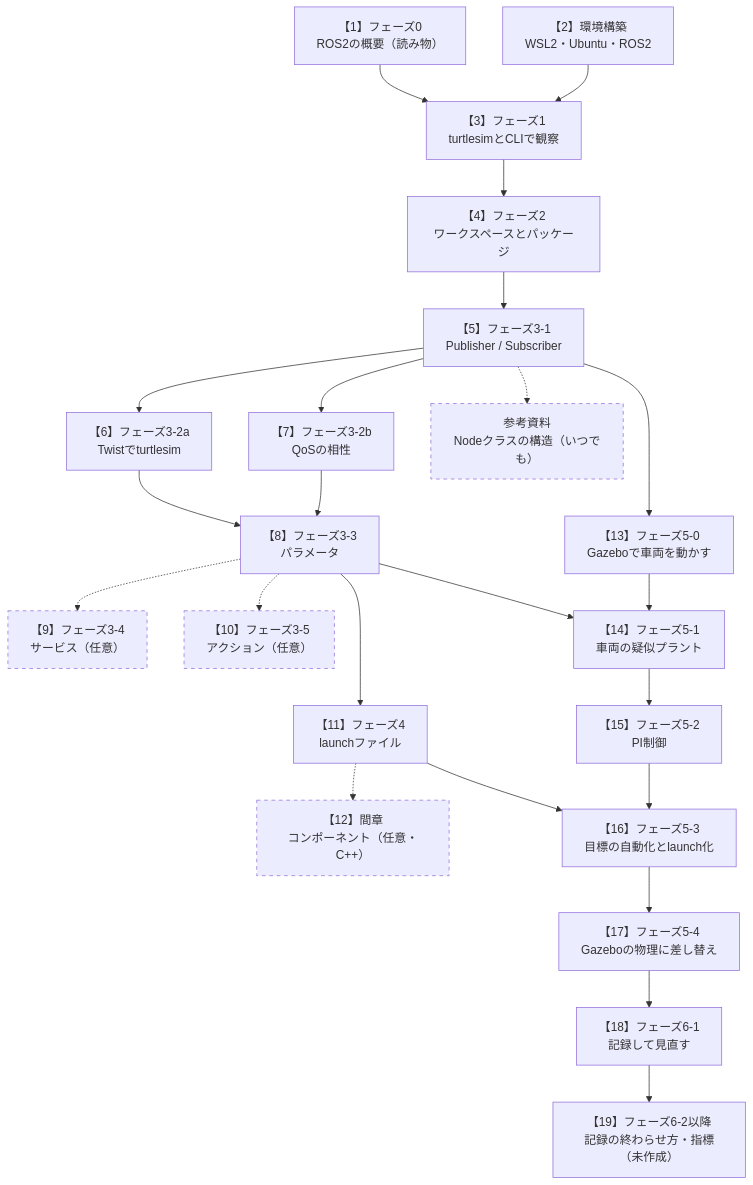
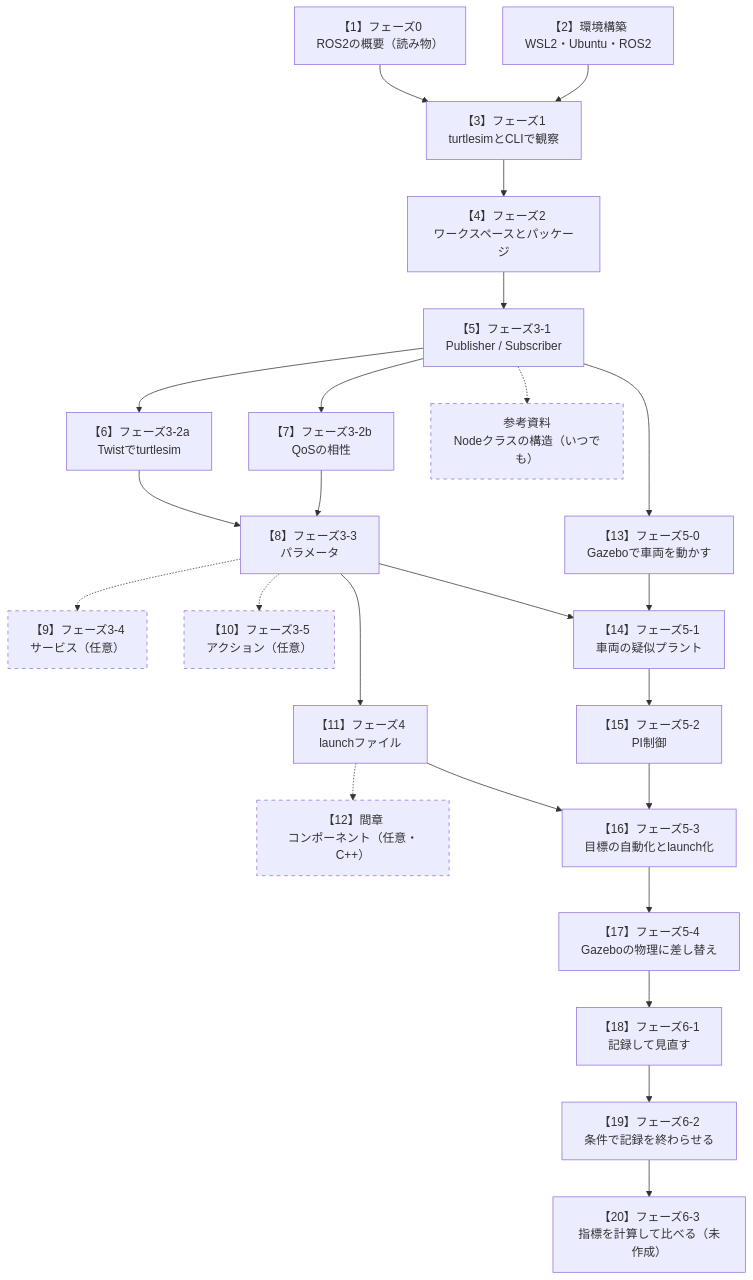
One commit to SanghunIm1991/ros2MinimalPhysicalAi changed the diagram in README.md. Above: the diagram before and after it, drawn with Mermaid. The commit also changed other lines of this file and 5 other files, not shown here.

Commit message:
[claude] フェーズ6-2の手順書（見張りのノードgoal_monitorでゴールの距離に達したら記録を終わらせる、案A速度の積み上げと案Bオドメトリの位置の比較）と図を追加し、README・学習計画・6-1の案内を更新

````diff
--- a/README.md
+++ b/README.md
@@ -89,28 +89,29 @@
 ```mermaid
 flowchart TB
     P0["【1】フェーズ0<br/>ROS2の概要（読み物）"] --> P1
     SETUP["【2】環境構築<br/>WSL2・Ubuntu・ROS2"] --> P1
     P1["【3】フェーズ1<br/>turtlesimとCLIで観察"] --> P2["【4】フェーズ2<br/>ワークスペースとパッケージ"]
     P2 --> P31["【5】フェーズ3-1<br/>Publisher / Subscriber"]
     P31 --> P32a["【6】フェーズ3-2a<br/>Twistでturtlesim"]
     P31 --> P32b["【7】フェーズ3-2b<br/>QoSの相性"]
     P32a --> P33["【8】フェーズ3-3<br/>パラメータ"]
     P32b --> P33
     P33 -.-> P34["【9】フェーズ3-4<br/>サービス（任意）"]
     P33 -.-> P35["【10】フェーズ3-5<br/>アクション（任意）"]
     P33 --> P4["【11】フェーズ4<br/>launchファイル"]
     P4 -.-> INT["【12】間章<br/>コンポーネント（任意・C++）"]
     P31 --> P50["【13】フェーズ5-0<br/>Gazeboで車両を動かす"]
     P33 --> P51["【14】フェーズ5-1<br/>車両の疑似プラント"]
     P50 --> P51
     P51 --> P52["【15】フェーズ5-2<br/>PI制御"]
     P4 --> P53["【16】フェーズ5-3<br/>目標の自動化とlaunch化"]
     P52 --> P53
     P53 --> P54["【17】フェーズ5-4<br/>Gazeboの物理に差し替え"]
     P54 --> P61["【18】フェーズ6-1<br/>記録して見直す"]
-    P61 --> P62["【19】フェーズ6-2以降<br/>記録の終わらせ方・指標（未作成）"]
+    P61 --> P62["【19】フェーズ6-2<br/>条件で記録を終わらせる"]
+    P62 --> P63["【20】フェーズ6-3<br/>指標を計算して比べる（未作成）"]
     P31 -.-> REF["参考資料<br/>Nodeクラスの構造（いつでも）"]
 
     classDef optional stroke-dasharray: 5 5
     class P34,P35,INT,REF optional
 ```
````
